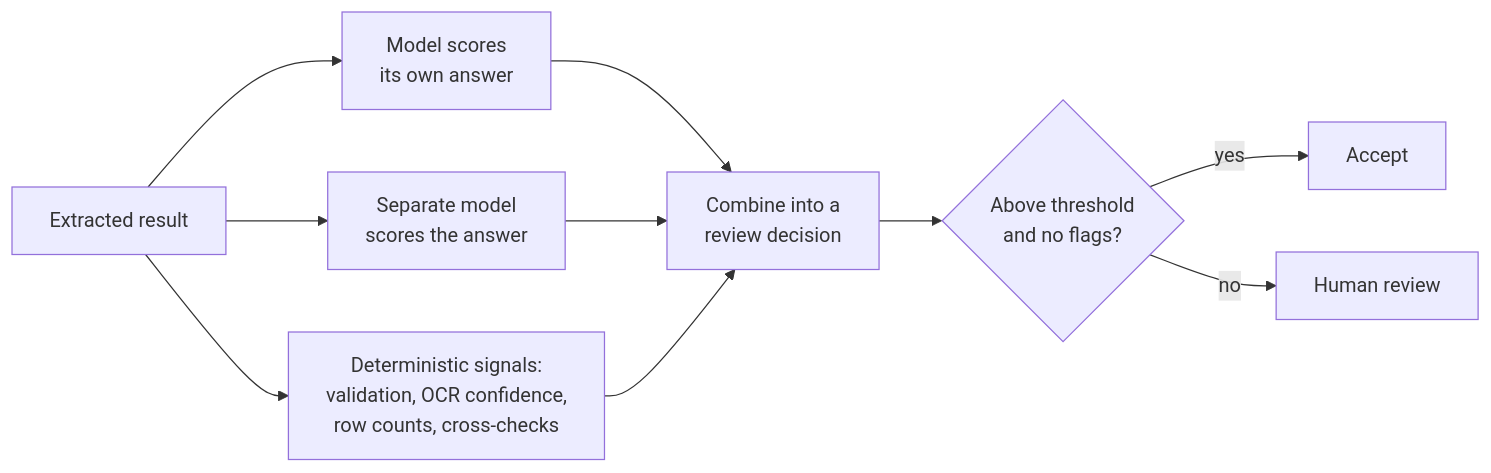
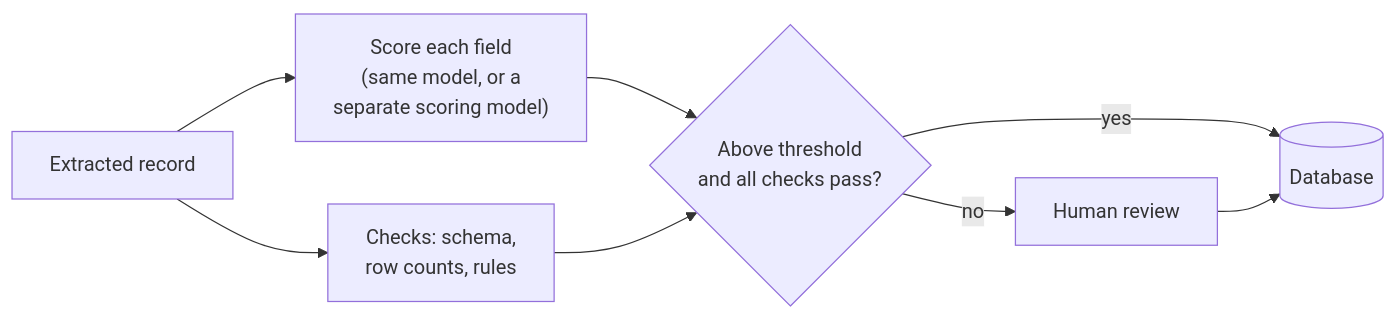
Before and after one commit to aws-solutions-library-samples/accelerated-intelligent-document-processing-on-aws: the diagram in docs/idp-fundamentals/confidence-assessment.md, drawn with Mermaid. The commit also changed other lines of this file and 7 other files, not shown here.

````diff
--- a/docs/idp-fundamentals/confidence-assessment.md
+++ b/docs/idp-fundamentals/confidence-assessment.md
@@ -50,12 +52,10 @@
 ```mermaid
 flowchart LR
-    A[Extracted result] --> B["Model scores<br/>its own answer"]
-    A --> C["Separate model<br/>scores the answer"]
-    A --> D["Deterministic signals:<br/>validation, OCR confidence,<br/>row counts, cross-checks"]
-    B --> E["Combine into a<br/>review decision"]
-    C --> E
-    D --> E
-    E --> F{"Above threshold<br/>and no flags?"}
-    F -- yes --> G[Accept]
-    F -- no --> H[Human review]
+    A[Extracted record] --> B["Score each field<br/>(same model, or a<br/>separate scoring model)"]
+    A --> C["Checks: schema,<br/>row counts, rules"]
+    B --> D{"Above threshold<br/>and all checks pass?"}
+    C --> D
+    D -- yes --> E[("Database")]
+    D -- no --> F[Human review]
+    F --> E
 ```
````
